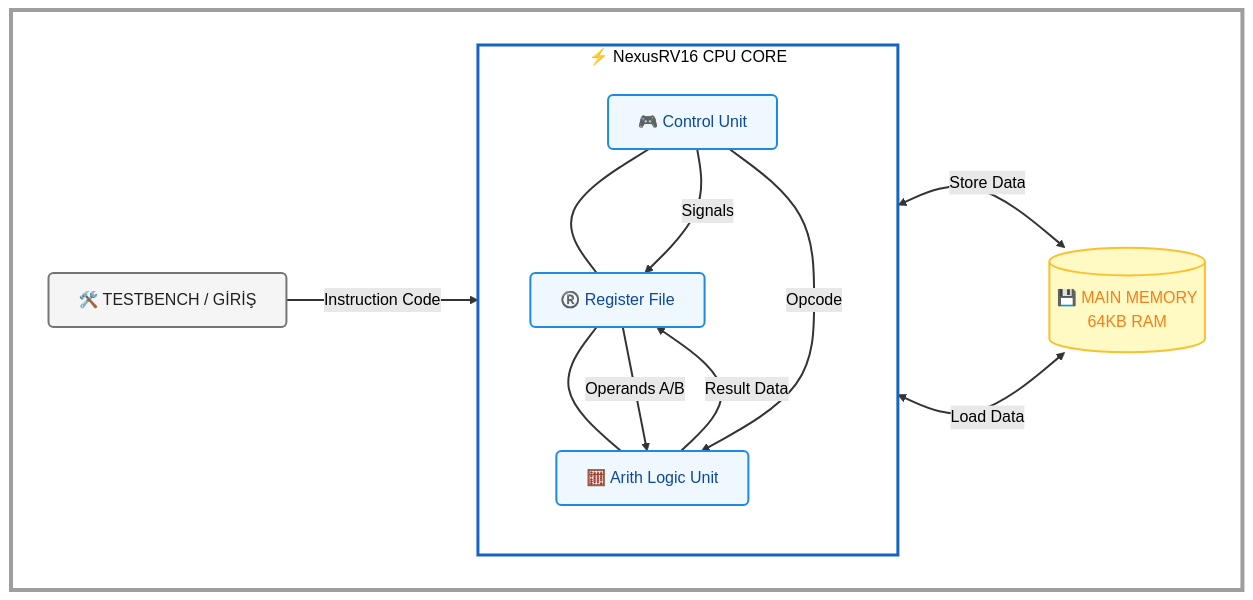
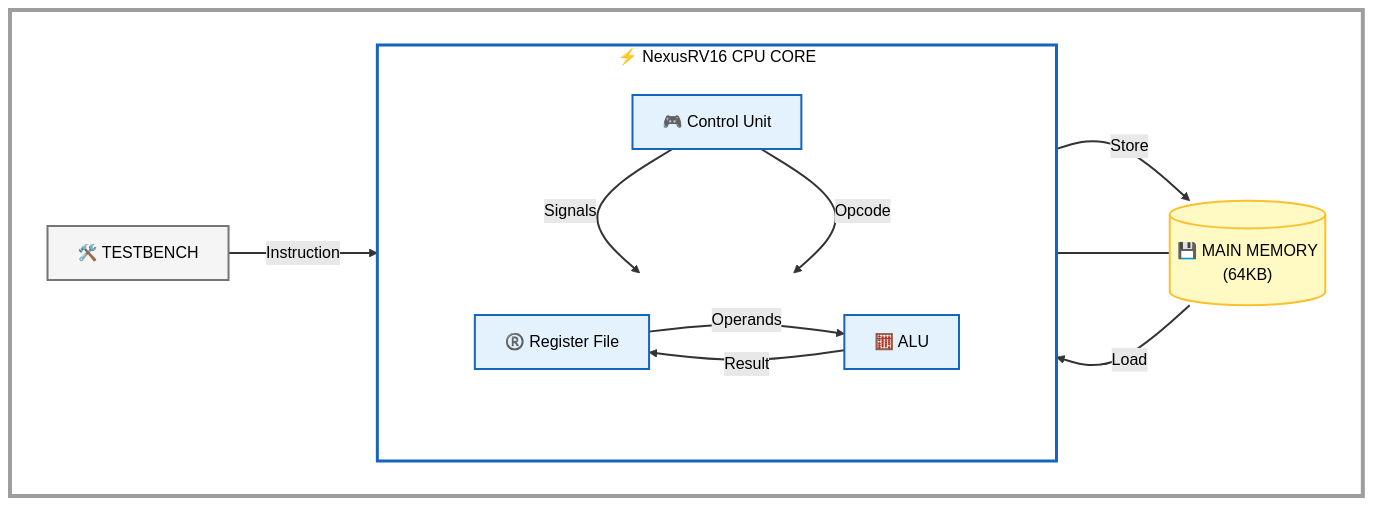
The diagram in README.md (musakartalengin/NexusRV16), drawn with Mermaid (forest theme) before and after one commit.

Commit message:
Final diagram optimization: White labels and aligned layout

````diff
--- a/README.md
+++ b/README.md
@@ -15,72 +15,80 @@
 ```mermaid
 graph LR
     %% =========================================================
-    %% TEMA VE STİL AYARLARI (Polishing)
+    %% TEMA VE STİL AYARLARI 
     %% =========================================================
-    %% Kenarların yumuşak dönüşlü olması için 'basis' kullanıyoruz
     linkStyle default interpolate basis stroke:#333333,stroke-width:2px;
 
     %% BEYAZ TUVAL KAPSAYICISI
     subgraph CANVAS [ <br/> ]
         direction LR
 
         %% 🎨 RENK PALETİ
         classDef canvas fill:#ffffff,stroke:#333333,stroke-width:2px;
-        classDef block fill:#f0f8ff,stroke:#1e88e5,stroke-width:2px,color:#0d47a1,rx:5,ry:5;
-        classDef memory fill:#fff9c4,stroke:#fbc02d,stroke-width:2px,color:#f57f17,rx:0,ry:0;
-        classDef external fill:#f5f5f5,stroke:#757575,stroke-width:2px,color:#212121,rx:5,ry:5;
+        classDef block fill:#e3f2fd,stroke:#1565c0,stroke-width:2px,color:#000000;
+        classDef memory fill:#fff9c4,stroke:#fbc02d,stroke-width:2px,color:#000000;
+        classDef external fill:#f5f5f5,stroke:#757575,stroke-width:2px,color:#000000;
         
-        %% Şeffaf etiket arka planı için stil (Mermaid CSS trick)
-        %% Bu özellik her renderda çalışmayabilir ama denemeye değer.
-        
+        %% Label Stili: Arka planı beyaz yapma hack'i
+        classDef labelStyle color:#333,fill:#fff,stroke:#ccc;
+
         %% =====================================================
         %% 1. SOL: TEST ORTAMI
         %% =====================================================
-        TB["🛠️ TESTBENCH / GİRİŞ"]:::external
+        TB["🛠️ TESTBENCH"]:::external
 
         %% =====================================================
-        %% 2. ORTA: PROCESOR ÇEKİRDEĞİ (Dikey Hizalı)
+        %% 2. ORTA: PROCESOR ÇEKİRDEĞİ
         %% =====================================================
         subgraph CPU_FRAME [⚡ NexusRV16 CPU CORE]
             direction TB
             
-            %% Bileşenleri dikeyde hizalamak için görünmez bağlar kullanacağız
             CTRL["🎮 Control Unit"]:::block
-            REGS["®️ Register File"]:::block
-            ALU["🧮 Arith Logic Unit"]:::block
             
-            %% Dikey Hiyerarşi
-            CTRL ~~~ REGS ~~~ ALU
+            subgraph DP_LAYER [ ]
+                direction LR
+                REGS["®️ Register File"]:::block
+                ALU["🧮 ALU"]:::block
+            end
+            
+            %% Hiyerarşi
+            CTRL
+            DP_LAYER
         end
 
         %% =====================================================
-        %% 3. SAĞ: BELLEK (Dikeyde ortalanmış)
+        %% 3. SAĞ: BELLEK (Register File ile aynı hizada)
         %% =====================================================
-        RAM[("💾 MAIN MEMORY<br/>64KB RAM")]:::memory
+        RAM[("💾 MAIN MEMORY<br/>(64KB)")]:::memory
 
         %% =====================================================
-        %% BAĞLANTILAR (Kavisli ve Düzenli)
+        %% BAĞLANTILAR
         %% =====================================================
         
         %% Testbench -> Control
-        TB == "Instruction Code" ==> CTRL
+        TB == "Instruction" ==> CTRL
 
         %% Control -> Diğerleri
         CTRL -- "Signals" --> REGS
         CTRL -- "Opcode" --> ALU
         
-        %% Veri Yolu Döngüsü
-        REGS -- "Operands A/B" --> ALU
-        ALU -- "Result Data" --> REGS
+        %% Veri Yolu (Register <-> ALU)
+        REGS -- "Operands" --> ALU
+        ALU -- "Result" --> REGS
 
-        %% RAM Etkileşimi (Register File üzerinden)
-        REGS <== "Store Data" ==> RAM
-        RAM <== "Load Data" ==> REGS
+        %% RAM Etkileşimi (Register <-> RAM)
+        %% Okların birbirini ezmemesi için farklı yönler
+        REGS ==>|Store| RAM
+        RAM ==>|Load| REGS
+
+        %% Hizalama: RAM'i DP_LAYER ile aynı seviyeye çek
+        DP_LAYER ~~~ RAM
 
     end
     
-    %% TUVAL VE ÇERÇEVE STİLLERİ
+    %% STİL
     style CANVAS fill:#ffffff,stroke:#9e9e9e,stroke-width:4px
     style CPU_FRAME fill:#ffffff,stroke:#1565c0,stroke-width:3px,color:#000000
+    style DP_LAYER fill:none,stroke:none
 
 ```
````
